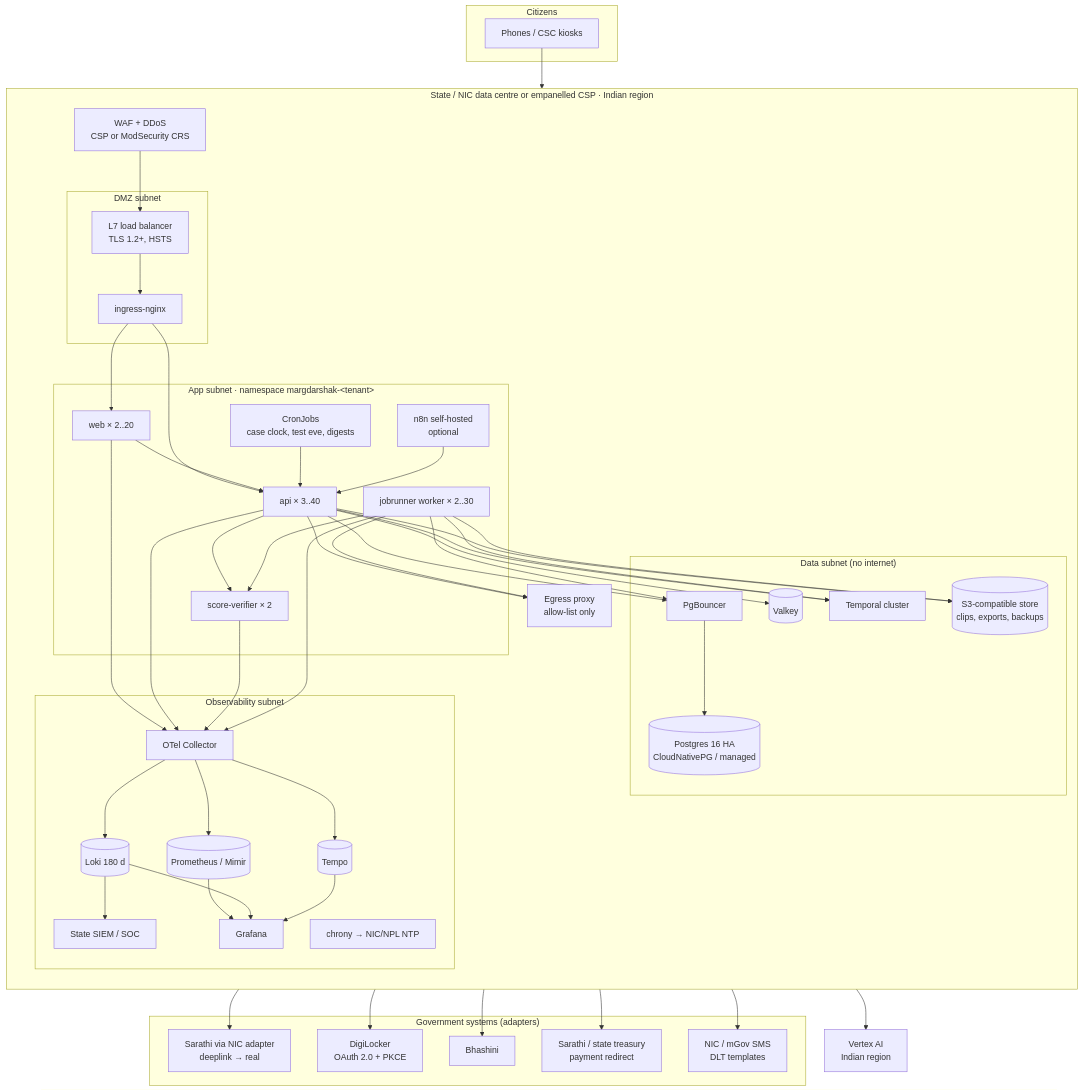
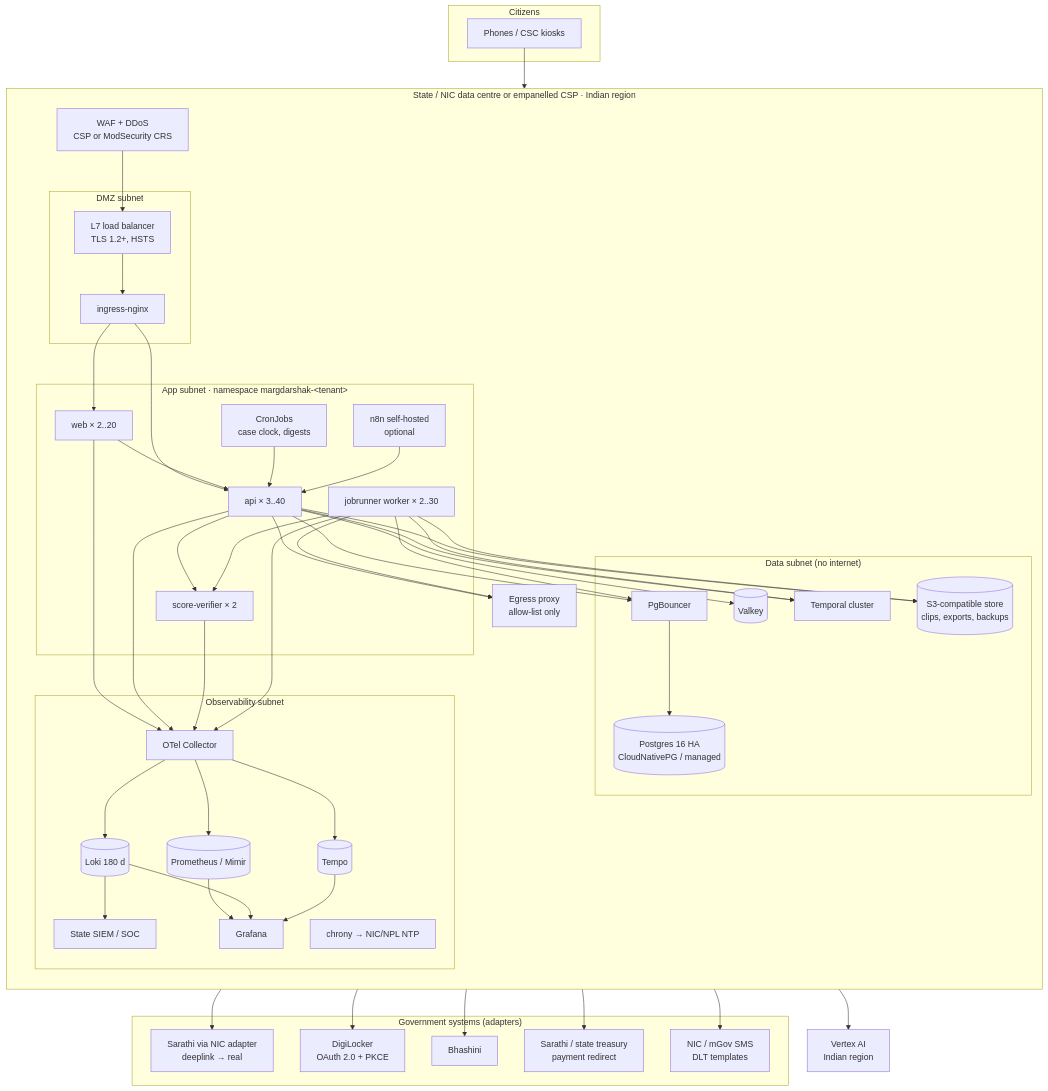
One commit to sruj08/margadarshak changed the second of 2 diagrams in docs/05-ops/INFRASTRUCTURE.md. Above: the diagram before and after it, drawn with Mermaid. The commit also changed other lines of this file and 60 other files, not shown here.

````diff
--- a/docs/05-ops/INFRASTRUCTURE.md
+++ b/docs/05-ops/INFRASTRUCTURE.md
@@ -101,59 +103,59 @@
 ```mermaid
 flowchart TB
   subgraph Citizens
     P[Phones / CSC kiosks]
   end
   subgraph Gov["State / NIC data centre or empanelled CSP · Indian region"]
     direction TB
     WAF[WAF + DDoS<br/>CSP or ModSecurity CRS]
     subgraph DMZ["DMZ subnet"]
       LB[L7 load balancer<br/>TLS 1.2+, HSTS]
       ING[ingress-nginx]
     end
     subgraph APP["App subnet · namespace margdarshak-&lt;tenant&gt;"]
       WEBp[web × 2..20]
       APIp[api × 3..40]
       VERp[score-verifier × 2]
       WRK[jobrunner worker × 2..30]
-      CRON[CronJobs<br/>case clock, test eve, digests]
+      CRON[CronJobs<br/>case clock, digests]
       N8Np[n8n self-hosted<br/>optional]
     end
     subgraph DATA["Data subnet (no internet)"]
       PG[(Postgres 16 HA<br/>CloudNativePG / managed)]
       PGB[PgBouncer]
       VK[(Valkey)]
       TMP[Temporal cluster]
       OBJ[(S3-compatible store<br/>clips, exports, backups)]
     end
     subgraph OBS["Observability subnet"]
       OTC[OTel Collector]
       LOKI[(Loki 180 d)]
       TEMPO[(Tempo)]
       PROM[(Prometheus / Mimir)]
       GRAF[Grafana]
       SIEM[State SIEM / SOC]
       NTP[chrony → NIC/NPL NTP]
     end
     EGR[Egress proxy<br/>allow-list only]
   end
   subgraph GovAPIs["Government systems (adapters)"]
     SAR2[Sarathi via NIC adapter<br/>deeplink → real]
     DL[DigiLocker<br/>OAuth 2.0 + PKCE]
     BH[Bhashini]
     PAY[Sarathi / state treasury<br/>payment redirect]
     MGOV[NIC / mGov SMS<br/>DLT templates]
   end
   VX[Vertex AI<br/>Indian region]
   P --> WAF --> LB --> ING
   ING --> WEBp & APIp
   WEBp --> APIp
   APIp --> VERp & PGB & VK & TMP & OBJ
   PGB --> PG
   WRK --> TMP & PGB & OBJ & VERp
   CRON --> APIp
   N8Np --> APIp
   APIp & WRK --> EGR --> SAR2 & DL & BH & PAY & MGOV & VX
   WEBp & APIp & VERp & WRK --> OTC --> LOKI & TEMPO & PROM
   LOKI --> SIEM
   PROM & LOKI & TEMPO --> GRAF
 ```
````
